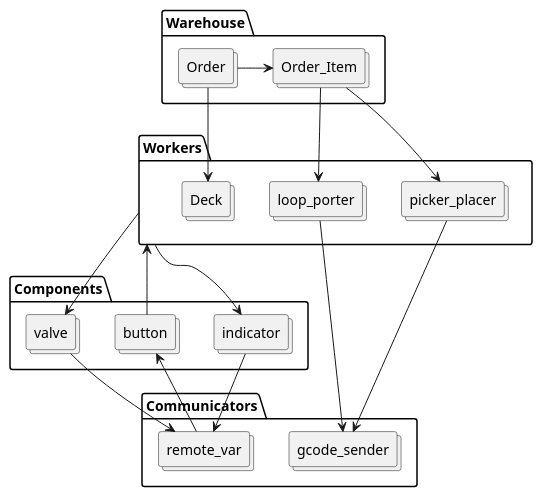
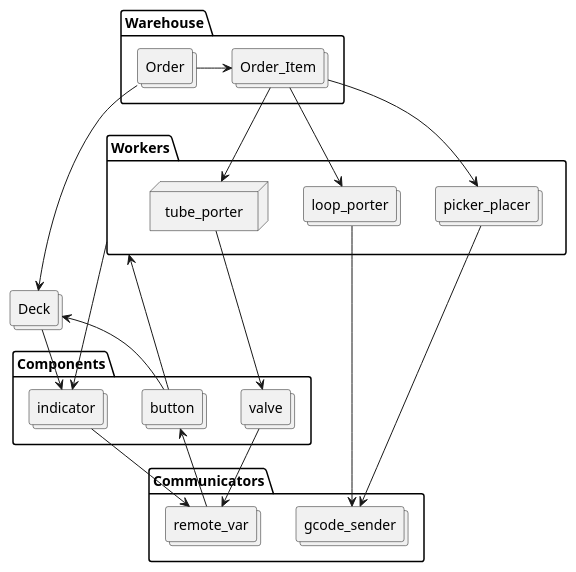
The diagram in apps/port1234/twh_wcs/docs/architecture.puml (voicevon/gobot_front), drawn with PlantUML before and after one commit. The commit also changed 12 other files, not shown here.

```diff
--- a/apps/port1234/twh_wcs/docs/architecture.puml
+++ b/apps/port1234/twh_wcs/docs/architecture.puml
@@ -1,42 +1,43 @@
 @startuml
 allowmixing
 
 folder Warehouse{
     collections Order
     collections Order_Item
     Order -> Order_Item
 }
 
 folder Workers{
     collections loop_porter
-    collections Deck
     collections picker_placer
-
+    node tube_porter
 }
-Order --> Deck
+collections Deck
+Order ---> Deck
 Order_Item --> loop_porter
 Order_Item -->picker_placer
+Order_Item --> tube_porter
 
 folder Components{
     collections indicator
     collections button
     collections valve
-
-
 }
-Workers --> indicator
-Workers --> valve
-Workers <-- button
+Deck --> indicator
+Deck <-- button
+Workers ---> indicator
+tube_porter ---> valve
+Workers <--- button
 
 
 folder Communicators{
     collections gcode_sender
     collections remote_var
 }
 loop_porter ---> gcode_sender
 picker_placer ---> gcode_sender
 indicator --> remote_var
 valve --> remote_var
 button <-- remote_var
 
 @enduml
```
